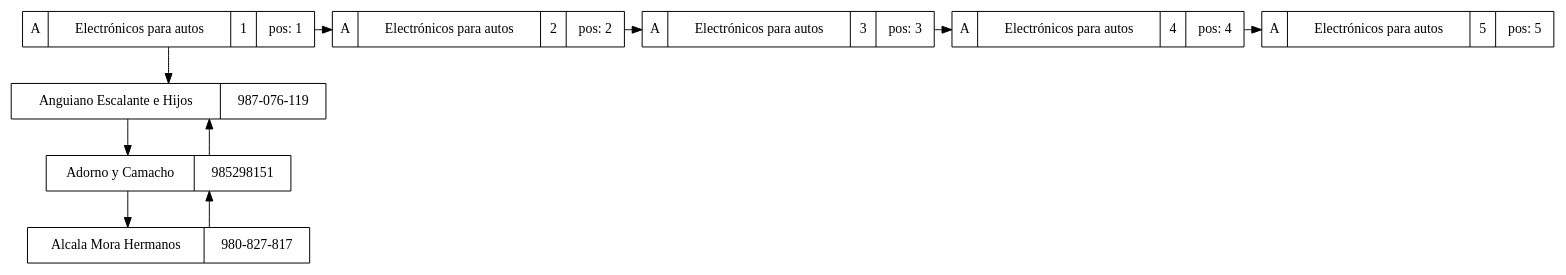
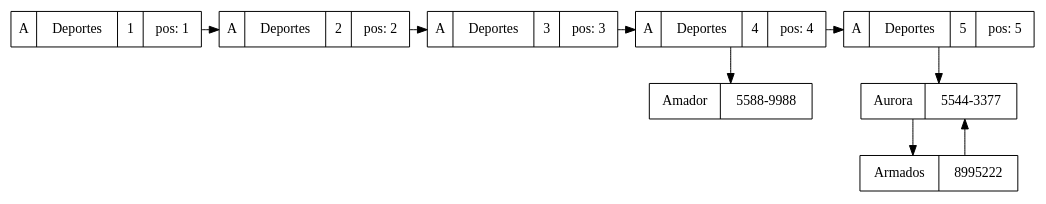
The diagram in src/Graphviz/files/lista1.dot (Pdante1897/EDD_VirtualMall_201700945), drawn with Graphviz before and after one commit. The commit also changed 33 other files, not shown here.

```diff
--- a/src/Graphviz/files/lista1.dot
+++ b/src/Graphviz/files/lista1.dot
@@ -1,22 +1,21 @@
 digraph G{
 node[shape="box" shape="record"]
 graph[splines="ortho"]
-node0[label="A|Electrónicos para autos|1|pos: 1"];
-node0xc000094140[label="Anguiano Escalante e Hijos|987-076-119"];
-node0->node0xc000094140;
-node0xc0000941e0[label="Adorno y Camacho|985298151"];
-node0xc000094140->node0xc0000941e0;
-node0xc0000941e0->node0xc000094140;
-node0xc000094230[label="Alcala Mora Hermanos|980-827-817"];
-node0xc0000941e0->node0xc000094230;
-node0xc000094230->node0xc0000941e0;
+node0[label="A|Deportes|1|pos: 1"];
 node0->node1;
-node1[label="A|Electrónicos para autos|2|pos: 2"];
+node1[label="A|Deportes|2|pos: 2"];
 node1->node2;
-node2[label="A|Electrónicos para autos|3|pos: 3"];
+node2[label="A|Deportes|3|pos: 3"];
 node2->node3;
-node3[label="A|Electrónicos para autos|4|pos: 4"];
+node3[label="A|Deportes|4|pos: 4"];
+node0xc000060050[label="Amador|5588-9988"];
+node3->node0xc000060050;
 node3->node4;
-node4[label="A|Electrónicos para autos|5|pos: 5"];
+node4[label="A|Deportes|5|pos: 5"];
+node0xc0000600a0[label="Aurora|5544-3377"];
+node4->node0xc0000600a0;
+node0xc0000600f0[label="Armados|8995222"];
+node0xc0000600a0->node0xc0000600f0;
+node0xc0000600f0->node0xc0000600a0;
 {rank="same"; node0; node1; node2; node3; node4}
 }
```
